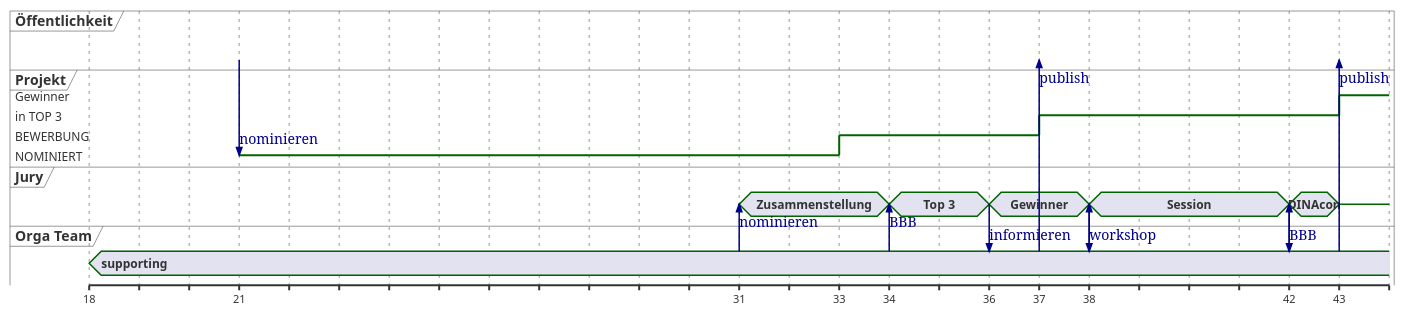
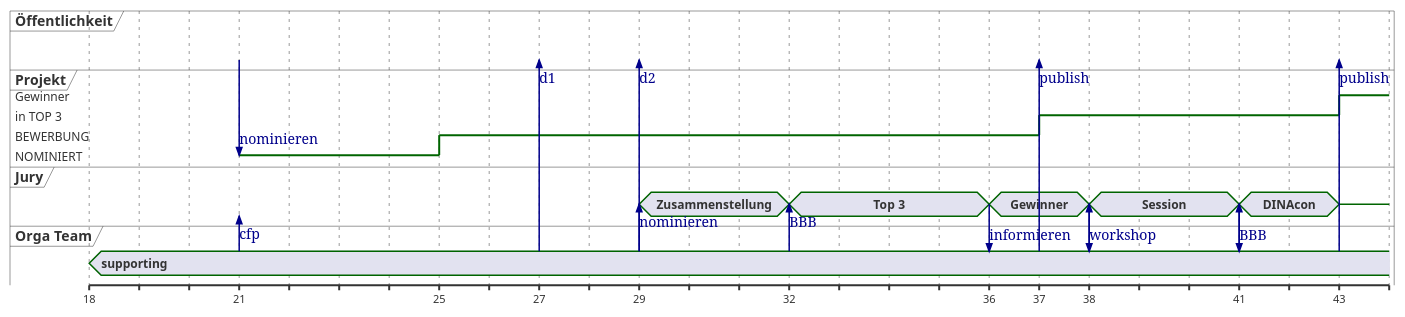
The diagram in 2021/timing.puml (DINAcon/awards), drawn with PlantUML before and after one commit.

Commit message:
Update timing.puml
together with Maria via http://www.plantuml.com/plantuml/uml/

```diff
--- a/2021/timing.puml
+++ b/2021/timing.puml
@@ -1,47 +1,52 @@
 @startuml
 concise "Öffentlichkeit" as public
 robust "Projekt" as proj
 concise "Jury" as jury
 concise "Orga Team" as orga
 
 @18
 orga is supporting
 
 @21
 public -> proj : nominieren
 proj is NOMINIERT
+orga -> jury : cfp
 
-@+10
+@+4
+proj is BEWERBUNG
+
+@27
+orga -> public : d1
+
+@29
+orga -> public : d2
 orga -> jury : nominieren
 jury is Zusammenstellung
 
-@+2
-proj is BEWERBUNG
-
-@+1
+@+3
 jury is "Top 3"
 orga -> jury : BBB
 
-@+2
+@+4
 jury is "Gewinner"
 jury -> orga : informieren
 
 @+1
 proj is "in TOP 3"
 orga -> public : publish
 
 @+1
 jury is "Session"
 orga -> jury
 jury -> orga : workshop
 
-@+4
+@+3
 orga -> jury
 jury -> orga : BBB
 jury is "DINAcon"
 
-@+1
+@+2
 proj is Gewinner
 orga -> public : publish
 jury is {-}
 @enduml
```
